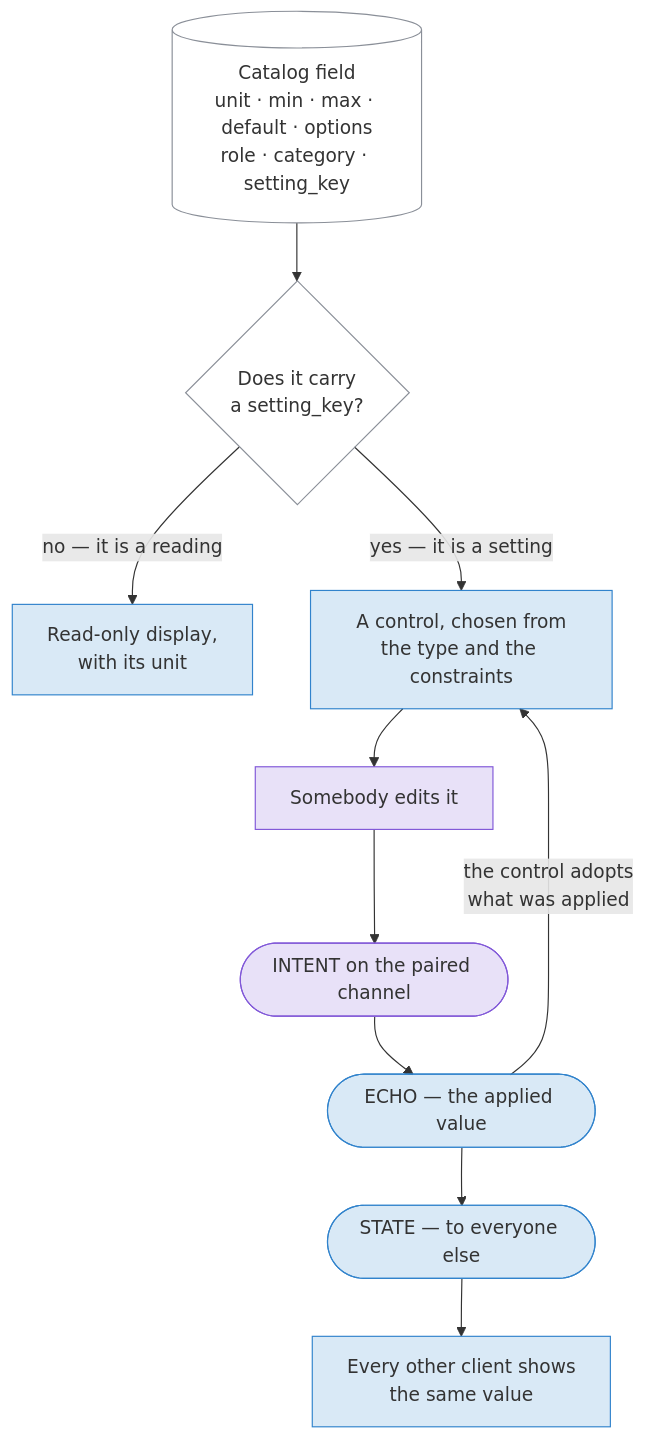
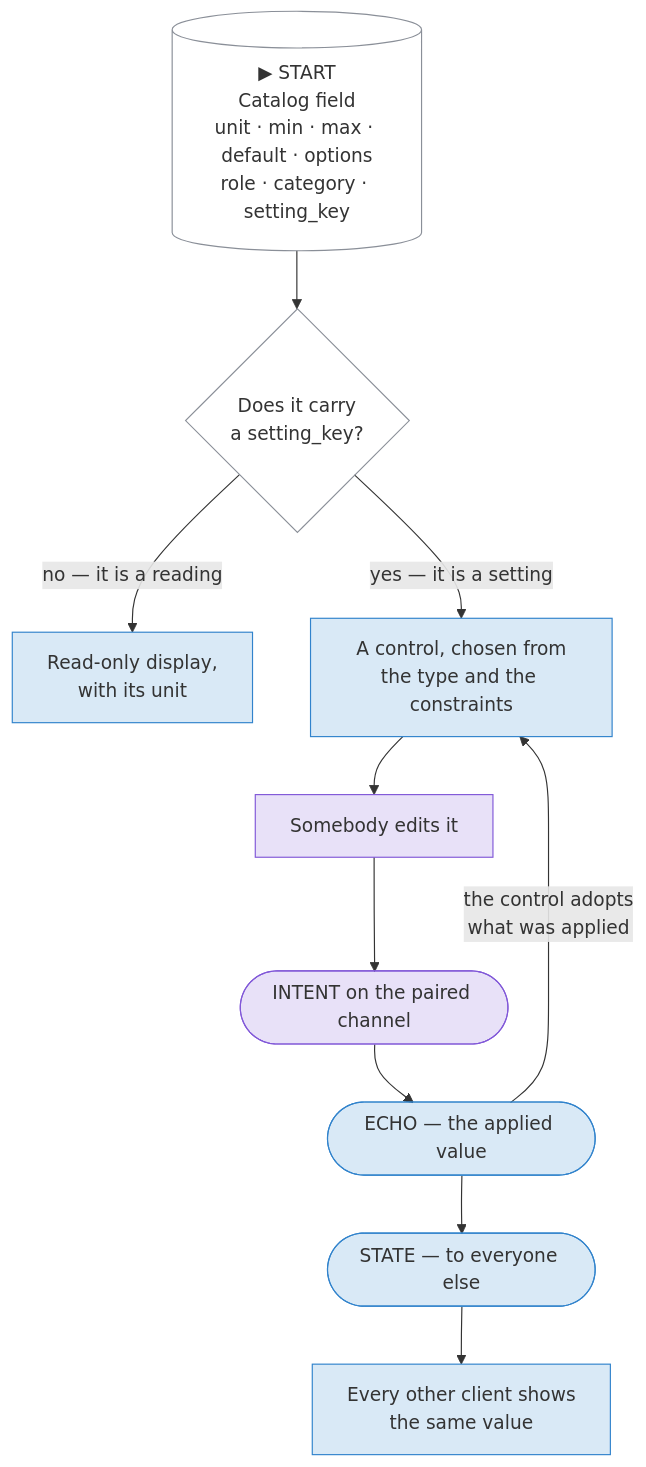
Before and after one commit to AtlanticTM/SlopDrive-32: the seventh of 7 diagrams in docs-site/docs/understand/how-it-works.md, drawn with Mermaid. The commit also changed other lines of this file and 64 other files, not shown here.

````diff
--- a/docs-site/docs/understand/how-it-works.md
+++ b/docs-site/docs/understand/how-it-works.md
@@ -276,18 +286,18 @@
 ```mermaid
 flowchart TD
-    CAT[("Catalog field<br/>unit · min · max · default · options<br/>role · category · setting_key")]:::store
+    CAT[("▶ START<br/>Catalog field<br/>unit · min · max · default · options<br/>role · category · setting_key")]:::store
     CAT --> Q{"Does it carry<br/>a setting_key?"}:::party
     Q -->|"no — it is a reading"| RO["Read-only display,<br/>with its unit"]:::truth
     Q -->|"yes — it is a setting"| WID["A control, chosen from<br/>the type and the constraints"]:::truth
     WID --> U["Somebody edits it"]:::wish
     U --> I(["INTENT on the paired channel"]):::wish
     I --> EC(["ECHO — the applied value"]):::truth
     EC -->|"the control adopts<br/>what was applied"| WID
     EC --> ST(["STATE — to everyone else"]):::truth
     ST --> OTH["Every other client shows<br/>the same value"]:::truth
 
     classDef store fill:none,stroke:#8a8f98
     classDef party fill:none,stroke:#8a8f98
     classDef truth fill:#3183cc2e,stroke:#3183cc
     classDef wish fill:#8158d82e,stroke:#8158d8
 ```
````
